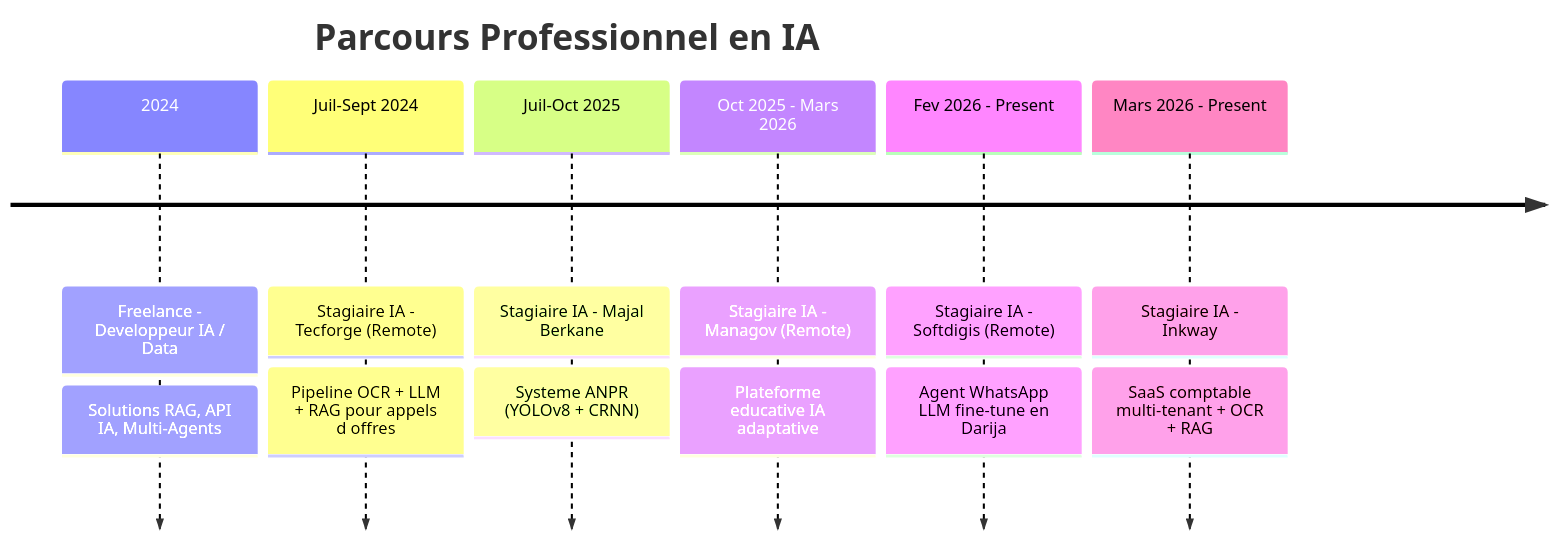
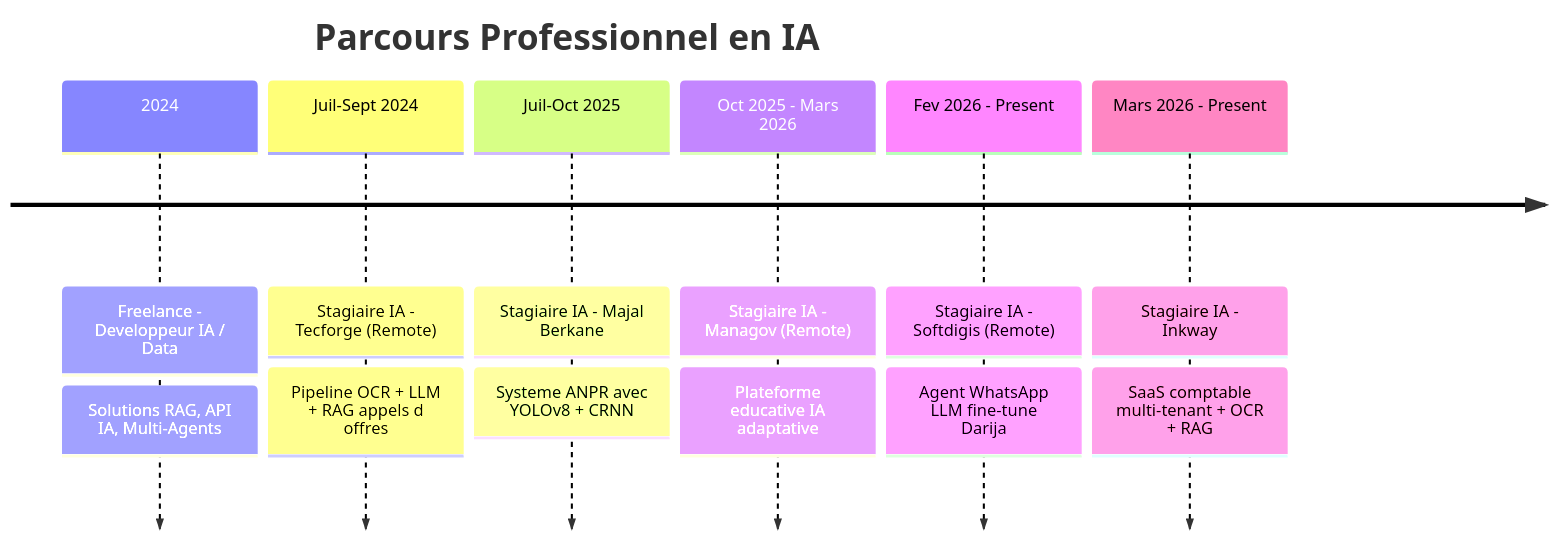
Before and after one commit to Hajji-ahmed/Hajji-ahmed: the second of 2 diagrams in README.md, drawn with Mermaid. The commit also changed other lines of this file, not shown here.

````diff
--- a/README.md
+++ b/README.md
@@ -266,16 +475,16 @@
 ```mermaid
 timeline
     title Parcours Professionnel en IA
     2024 : Freelance - Developpeur IA / Data
          : Solutions RAG, API IA, Multi-Agents
     Juil-Sept 2024 : Stagiaire IA - Tecforge (Remote)
-                   : Pipeline OCR + LLM + RAG pour appels d offres
+                   : Pipeline OCR + LLM + RAG appels d offres
     Juil-Oct 2025 : Stagiaire IA - Majal Berkane
-                  : Systeme ANPR (YOLOv8 + CRNN)
+                  : Systeme ANPR avec YOLOv8 + CRNN
     Oct 2025 - Mars 2026 : Stagiaire IA - Managov (Remote)
                          : Plateforme educative IA adaptative
     Fev 2026 - Present : Stagiaire IA - Softdigis (Remote)
-                       : Agent WhatsApp LLM fine-tune en Darija
+                       : Agent WhatsApp LLM fine-tune Darija
     Mars 2026 - Present : Stagiaire IA - Inkway
                         : SaaS comptable multi-tenant + OCR + RAG
 ```
````
